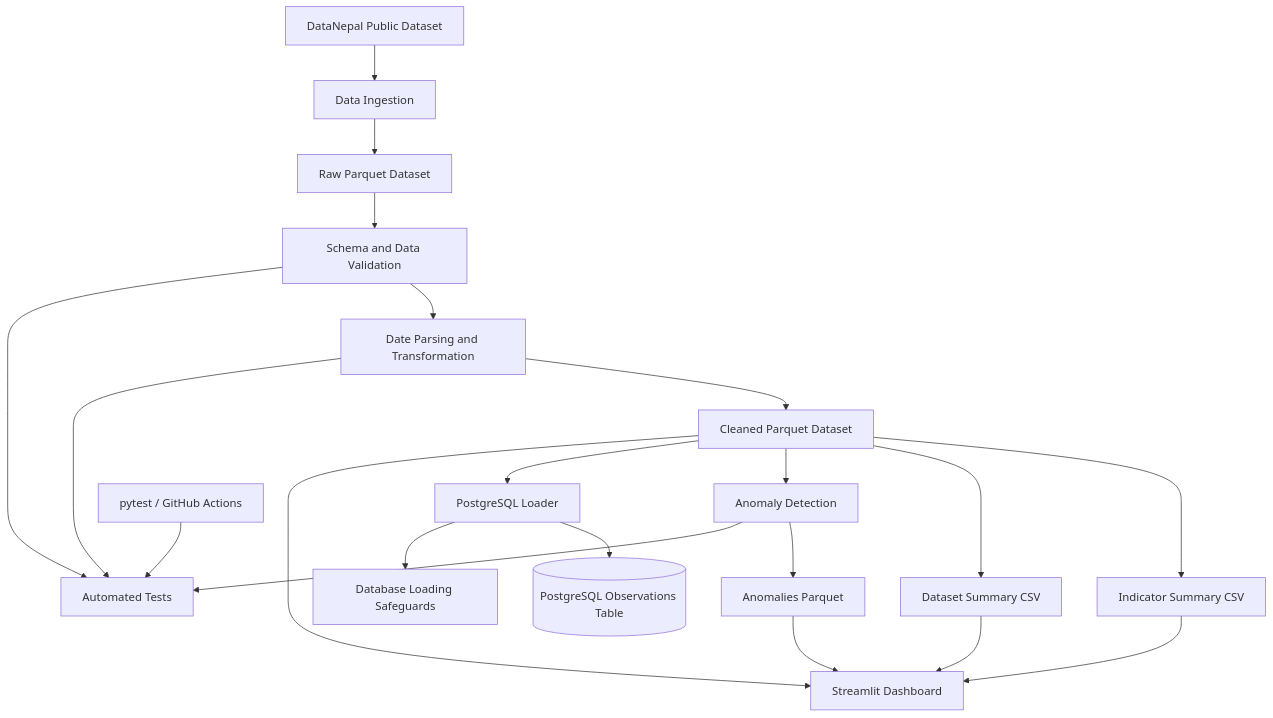
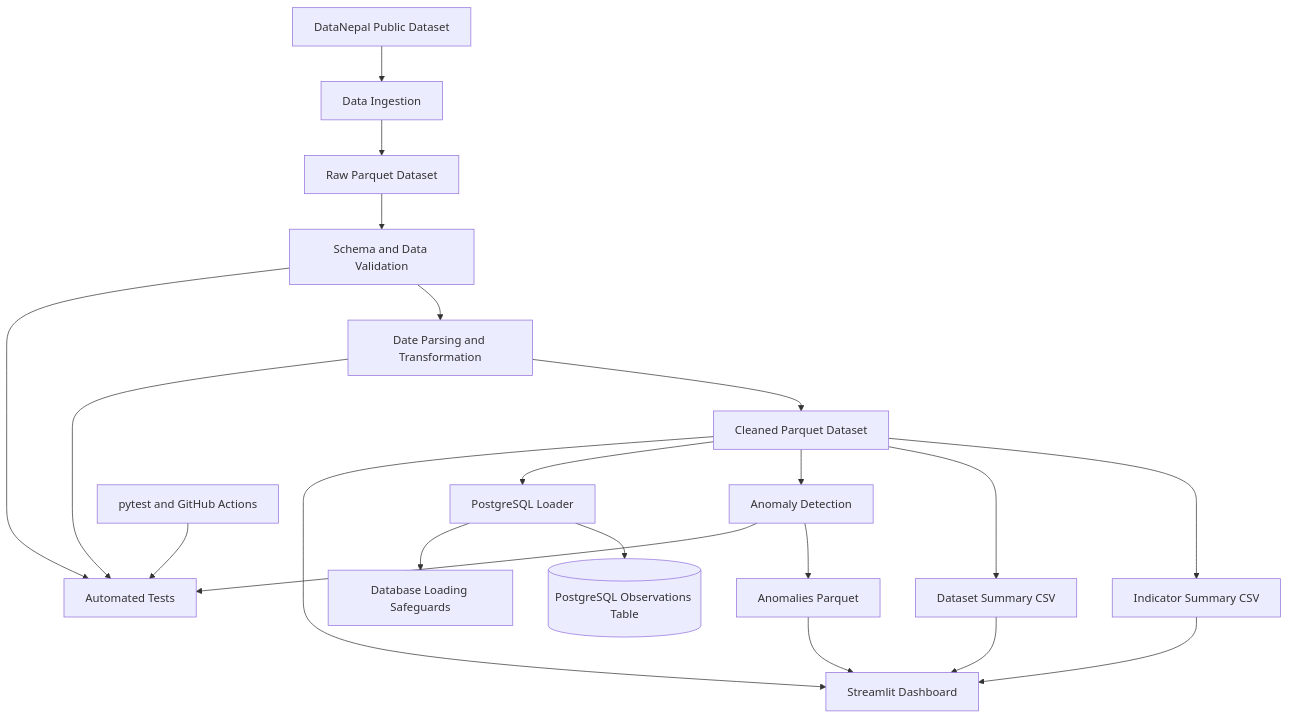
The diagram in README.md (manish11111111/nepal-data-pipeline), drawn with Mermaid before and after one commit. The commit also changed other lines of this file, not shown here.

````diff
--- a/README.md
+++ b/README.md
@@ -100,23 +76,27 @@
 ```mermaid
 flowchart TD
     A["DataNepal Public Dataset"] --> B["Data Ingestion"]
     B --> C["Raw Parquet Dataset"]
     C --> D["Schema and Data Validation"]
     D --> E["Date Parsing and Transformation"]
     E --> F["Cleaned Parquet Dataset"]
+
     F --> G["Indicator Summary CSV"]
     F --> H["Dataset Summary CSV"]
     F --> N["Anomaly Detection"]
     N --> O["Anomalies Parquet"]
+
     F --> I["PostgreSQL Loader"]
     I --> J[("PostgreSQL Observations Table")]
+
     F --> P["Streamlit Dashboard"]
     O --> P
     G --> P
     H --> P
-    K["pytest / GitHub Actions"] --> L["Automated Tests"]
+
+    K["pytest and GitHub Actions"] --> L["Automated Tests"]
     D --> L
     E --> L
     N --> L
     I --> M["Database Loading Safeguards"]
 ```
````
